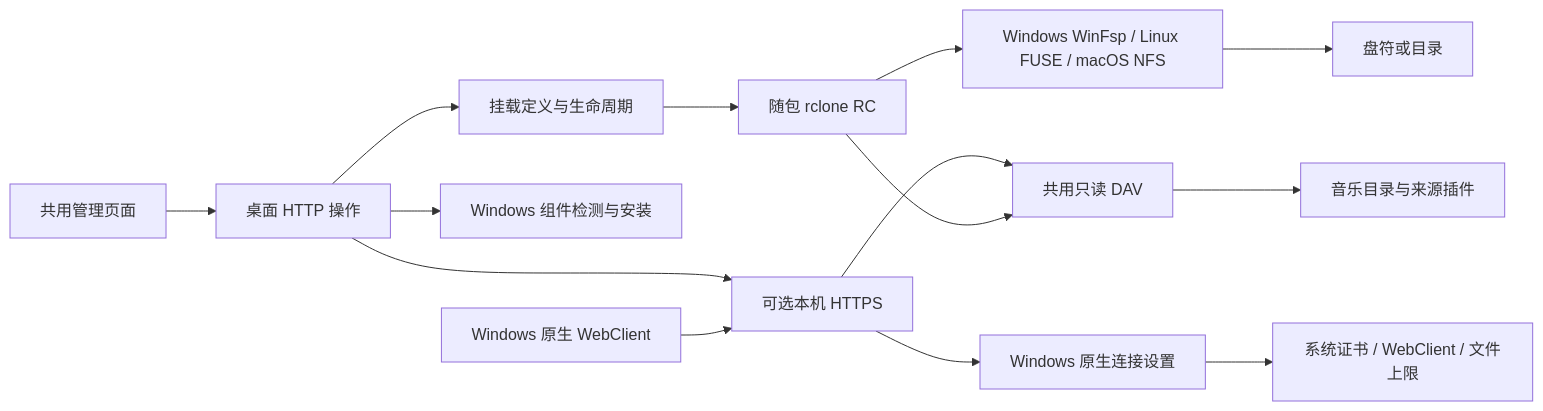
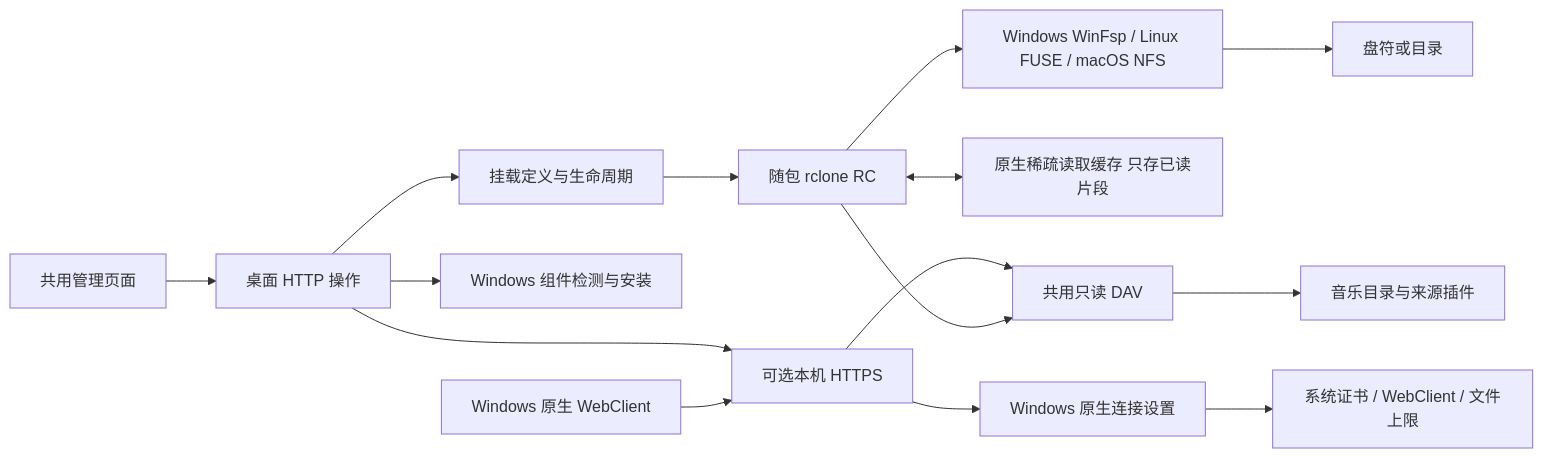
The diagram in docs/architecture/desktop-mounts.md (shengyusi-SYS/musicfs), drawn with Mermaid before and after one commit. The commit also changed other lines of this file and 1 other file, not shown here.

Commit message:
docs(release): record dev.9 desktop cache update and DAV boundaries

````diff
--- a/docs/architecture/desktop-mounts.md
+++ b/docs/architecture/desktop-mounts.md
@@ -5,16 +5,17 @@
 ```mermaid
 flowchart LR
   UI[共用管理页面] --> API[桌面 HTTP 操作]
   API --> Mount[挂载定义与生命周期]
   API --> Setup[Windows 组件检测与安装]
   API --> TLS[可选本机 HTTPS]
   TLS --> Native[Windows 原生连接设置]
   Native --> Client[系统证书 / WebClient / 文件上限]
   Mount --> RC[随包 rclone RC]
+  RC <--> ReadCache[原生稀疏读取缓存 只存已读片段]
   RC --> Bridge[Windows WinFsp / Linux FUSE / macOS NFS]
   Bridge --> Drive[盘符或目录]
   Explorer[Windows 原生 WebClient] --> TLS
   TLS --> DAV[共用只读 DAV]
   RC --> DAV
   DAV --> Library[音乐目录与来源插件]
 ```
````
